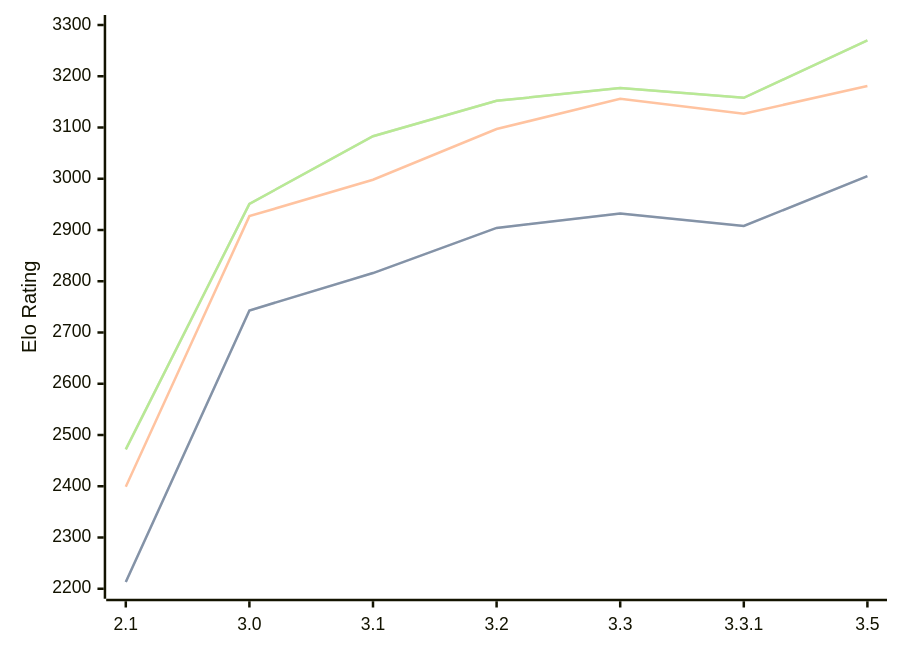
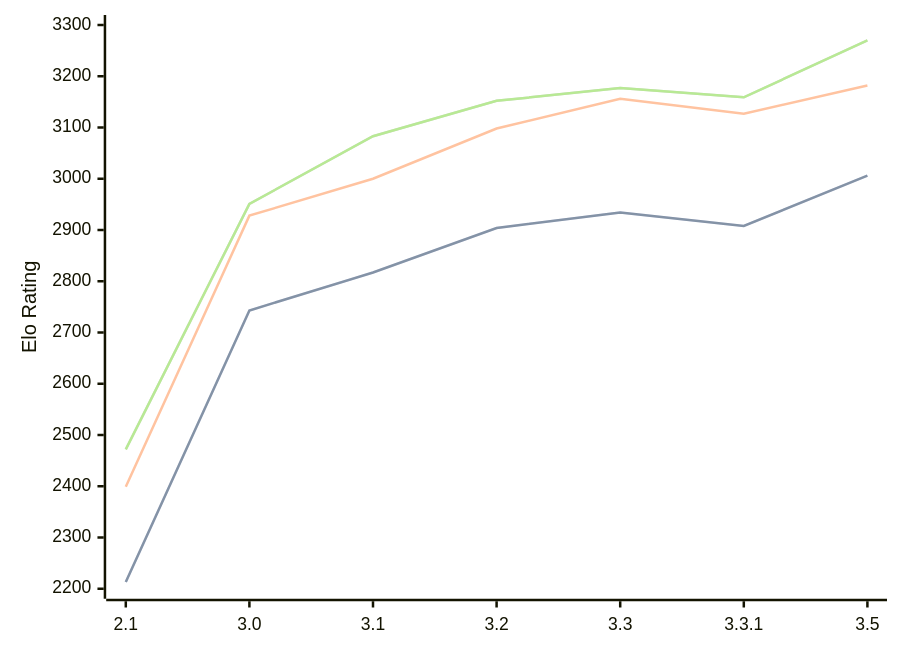
Before and after one commit to computer-chess-index/cci: the third of 3 diagrams in engines/Petrel.md, drawn with Mermaid. The commit also changed other lines of this file, not shown here.

Commit message:
Update CCI Ratings (ELO VLTC) - 2026-06-21

````diff
--- a/engines/Petrel.md
+++ b/engines/Petrel.md
@@ -79,11 +79,11 @@
 ```mermaid
 %%{init: {"theme":"base","themeVariables":{"seriesColors:['#a3a3a3','#222221','#faa371']}}}%%
 xychart-beta
   x-axis ["2.1", "3.0", "3.1", "3.2", "3.3", "3.3.1", "3.5"]
   y-axis "Elo Rating" 2200 --> 3300
-  line "STC (8.0+0.08s)" [2213, 2743, 2816, 2904, 2932, 2908, 3005]
-  line "STC (8.0+0.08s)" [2213, 2743, 2816, 2904, 2932, 2908, 3005]
-  line "LTC (60.0+0.60s)" [2399, 2927, 2998, 3097, 3156, 3127, 3181]
-  line "VLTC (2m24s+1.12s)" [2472, 2951, 3083, 3152, 3177, 3158, 3270]
-  line "VLTC (2m24s+1.12s)" [2472, 2951, 3083, 3152, 3177, 3158, 3270]
+  line "STC (8.0+0.08s)" [2213, 2743, 2817, 2904, 2934, 2908, 3006]
+  line "STC (8.0+0.08s)" [2213, 2743, 2817, 2904, 2934, 2908, 3006]
+  line "LTC (60.0+0.60s)" [2399, 2928, 3000, 3098, 3156, 3127, 3182]
+  line "VLTC (2m24s+1.12s)" [2472, 2951, 3083, 3152, 3177, 3159, 3270]
+  line "VLTC (2m24s+1.12s)" [2472, 2951, 3083, 3152, 3177, 3159, 3270]
 ```
````
